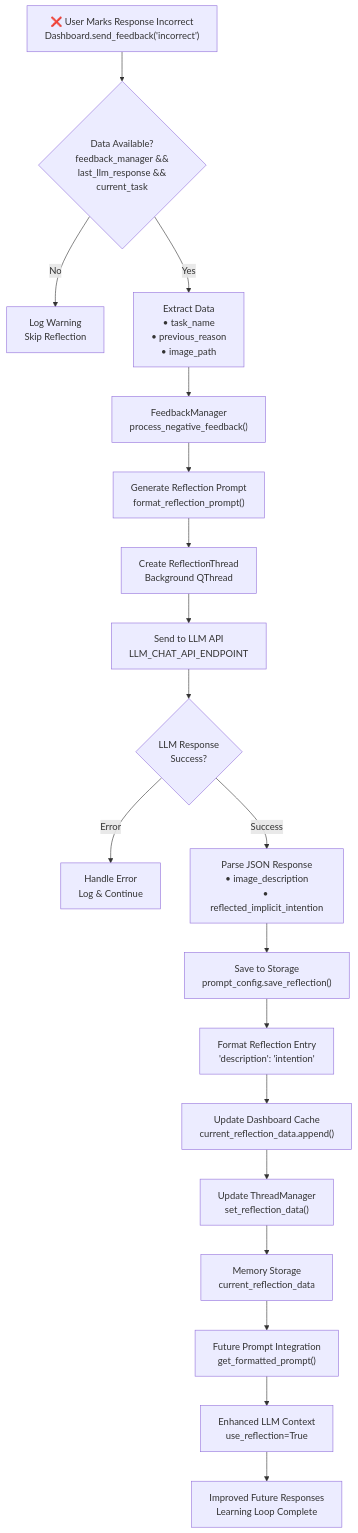
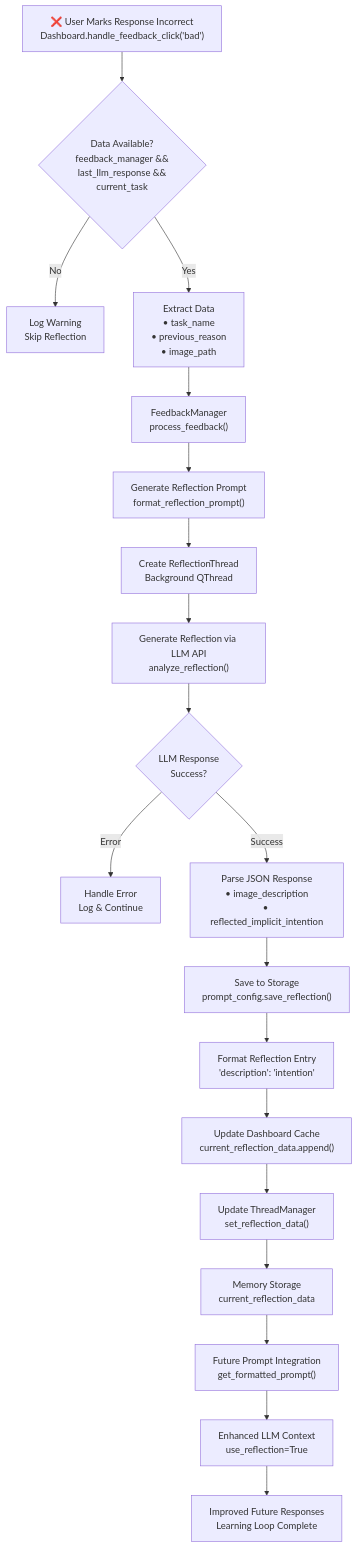
Before and after one commit to IntentAssistant/INA: the fourth of 5 diagrams in architecture.md, drawn with Mermaid. The commit also changed other lines of this file and 1 other file, not shown here.

````diff
--- a/architecture.md
+++ b/architecture.md
@@ -141,28 +141,28 @@
 ```mermaid
 graph TD
-    A["❌ User Marks Response Incorrect<br/>Dashboard.send_feedback('incorrect')"] --> B{"Data Available?<br/>feedback_manager &&<br/>last_llm_response &&<br/>current_task"}
+    A["❌ User Marks Response Incorrect<br/>Dashboard.handle_feedback_click('bad')"] --> B{"Data Available?<br/>feedback_manager &&<br/>last_llm_response &&<br/>current_task"}
 
     B -->|No| C["Log Warning<br/>Skip Reflection"]
     B -->|Yes| D["Extract Data<br/>• task_name<br/>• previous_reason<br/>• image_path"]
 
-    D --> E["FeedbackManager<br/>process_negative_feedback()"]
+    D --> E["FeedbackManager<br/>process_feedback()"]
     E --> F["Generate Reflection Prompt<br/>format_reflection_prompt()"]
     F --> G["Create ReflectionThread<br/>Background QThread"]
 
-    G --> H["Send to LLM API<br/>LLM_CHAT_API_ENDPOINT"]
+    G --> H["Generate Reflection via LLM API<br/>analyze_reflection()"]
     H --> I{"LLM Response<br/>Success?"}
 
     I -->|Error| J["Handle Error<br/>Log & Continue"]
     I -->|Success| K["Parse JSON Response<br/>• image_description<br/>• reflected_implicit_intention"]
 
     K --> L["Save to Storage<br/>prompt_config.save_reflection()"]
     L --> M["Format Reflection Entry<br/>'description': 'intention'"]
     M --> N["Update Dashboard Cache<br/>current_reflection_data.append()"]
     N --> O["Update ThreadManager<br/>set_reflection_data()"]
 
     O --> P["Memory Storage<br/>current_reflection_data"]
     P --> Q["Future Prompt Integration<br/>get_formatted_prompt()"]
     Q --> R["Enhanced LLM Context<br/>use_reflection=True"]
 
     R --> S["Improved Future Responses<br/>Learning Loop Complete"]
 ```
````
